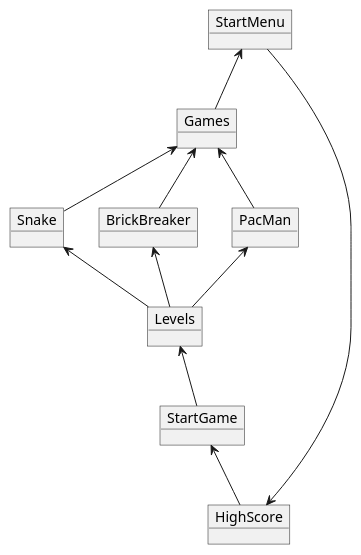
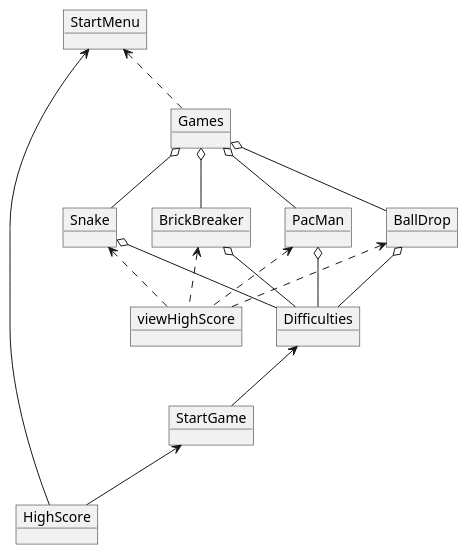
The diagram in doc/Plan/domainmodel.puml (RikkeMariussen/ICE-opgave), drawn with PlantUML before and after one commit. The commit also changed 1 other file, not shown here.

Commit message:
Diagram start og lavet main

```diff
--- a/doc/Plan/domainmodel.puml
+++ b/doc/Plan/domainmodel.puml
@@ -1,30 +1,38 @@
 @startuml
 object StartMenu
 object Games
 object Snake
 object BrickBreaker
 object PacMan
-object Levels
+object BallDrop
+object Difficulties
 object StartGame
 object HighScore
+object viewHighScore
 
+StartMenu <.. Games
 
-StartMenu <-- Games
+Games o-- Snake
+Games o-- BrickBreaker
+Games o-- PacMan
+Games o-- BallDrop
 
-Games <-- Snake
-Games <-- BrickBreaker
-Games <-- PacMan
+BallDrop o-- Difficulties
+Snake o-- Difficulties
+BrickBreaker o-- Difficulties
+PacMan o-- Difficulties
 
-Snake <-- Levels
-BrickBreaker <-- Levels
-PacMan <-- Levels
+BallDrop <.. viewHighScore
+Snake <.. viewHighScore
+BrickBreaker <.. viewHighScore
+PacMan <.. viewHighScore
 
-Levels <-- StartGame
+Difficulties <-- StartGame
 
 StartGame <-- HighScore
 
-HighScore <-- StartMenu
+StartMenu <-- HighScore
 
 
 
 @enduml
```
